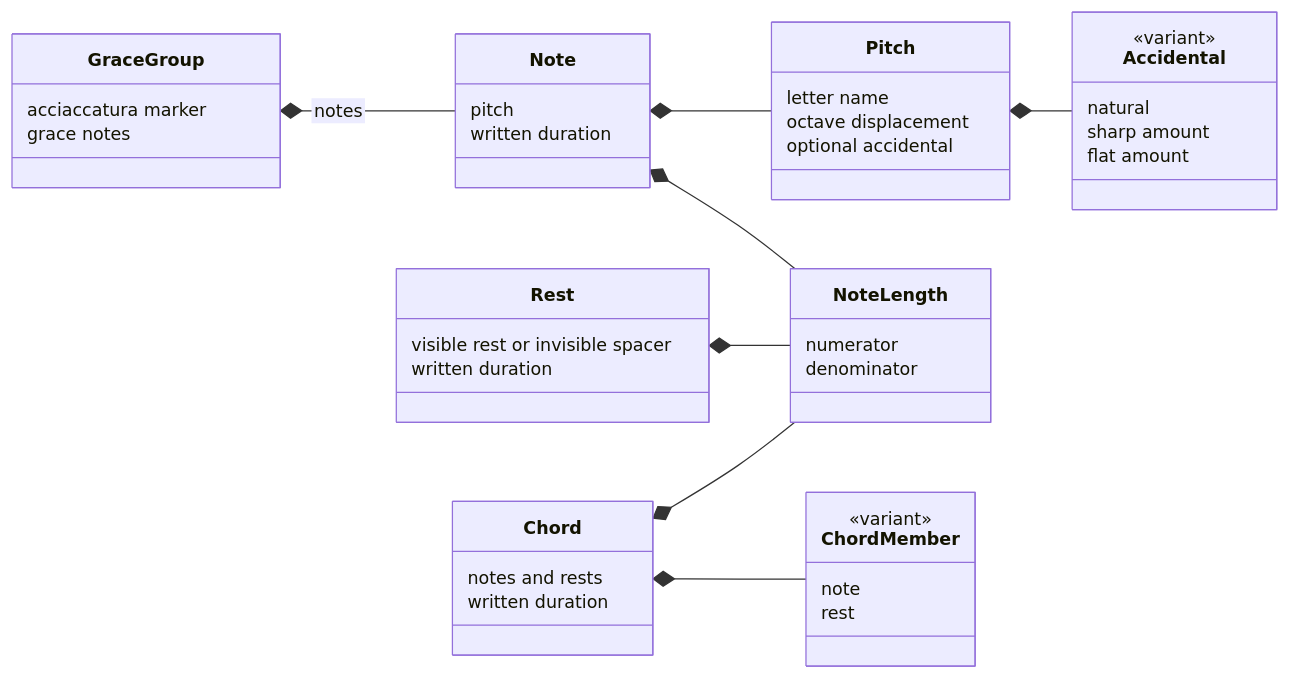
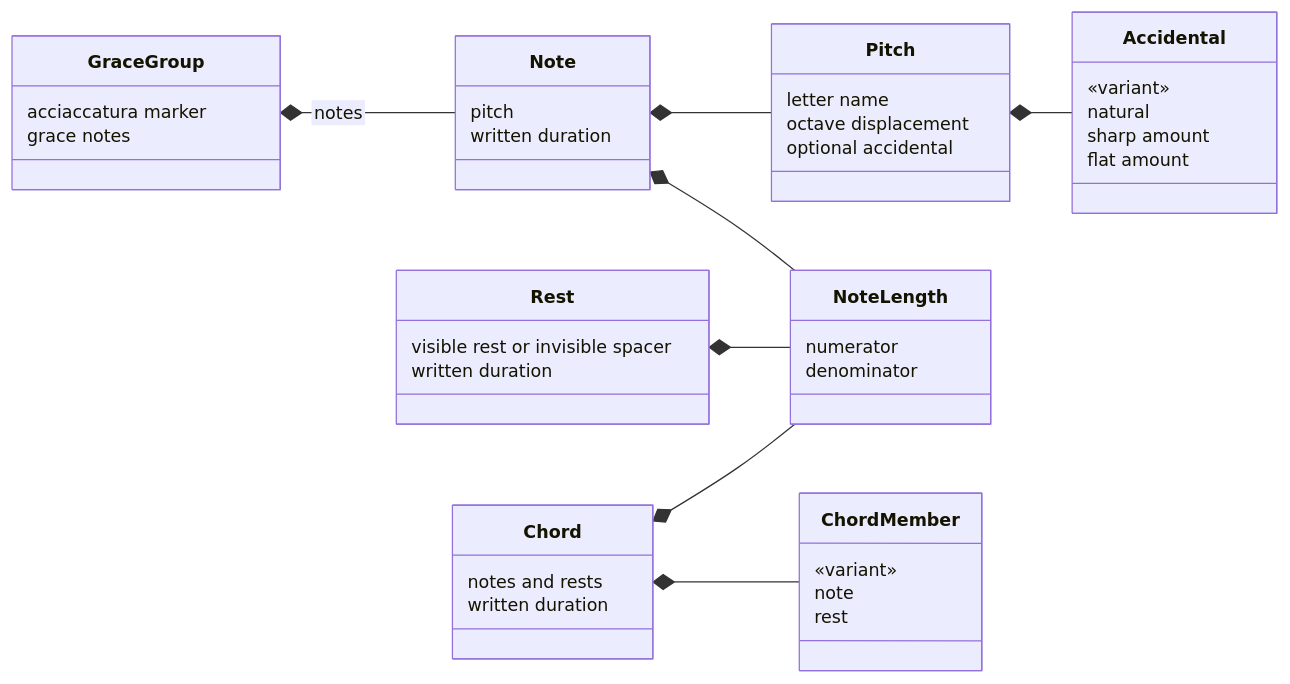
Before and after one commit to mauricebarnum/abc-parser: the eighth of 8 diagrams in abc-parser/docs/architecture.md, drawn with Mermaid. The commit also changed other lines of this file, not shown here.

First line of the commit message:
Fix mermaid classDiagram rendering in architecture docs

````diff
--- a/abc-parser/docs/architecture.md
+++ b/abc-parser/docs/architecture.md
@@ -585,55 +585,55 @@
 ```mermaid
 ---
 config:
   htmlLabels: false
   themeVariables:
     fontSize: 14px
   flowchart:
     rankSpacing: 0
 ---
 classDiagram
     direction LR
     class Note {
         pitch
         written duration
     }
     class Rest {
         visible rest or invisible spacer
         written duration
     }
     class Chord {
         notes and rests
         written duration
     }
     class GraceGroup {
         acciaccatura marker
         grace notes
     }
     class Pitch {
         letter name
         octave displacement
         optional accidental
     }
     class NoteLength {
         numerator
         denominator
     }
     class Accidental {
-        <<variant>>
+        «variant»
         natural
         sharp amount
         flat amount
     }
     class ChordMember {
-        <<variant>>
+        «variant»
         note
         rest
     }
     Note *-- Pitch
     Note *-- NoteLength
     Rest *-- NoteLength
     Pitch *-- Accidental
     Chord *-- ChordMember
     Chord *-- NoteLength
     GraceGroup *-- Note : notes
 ```
````
